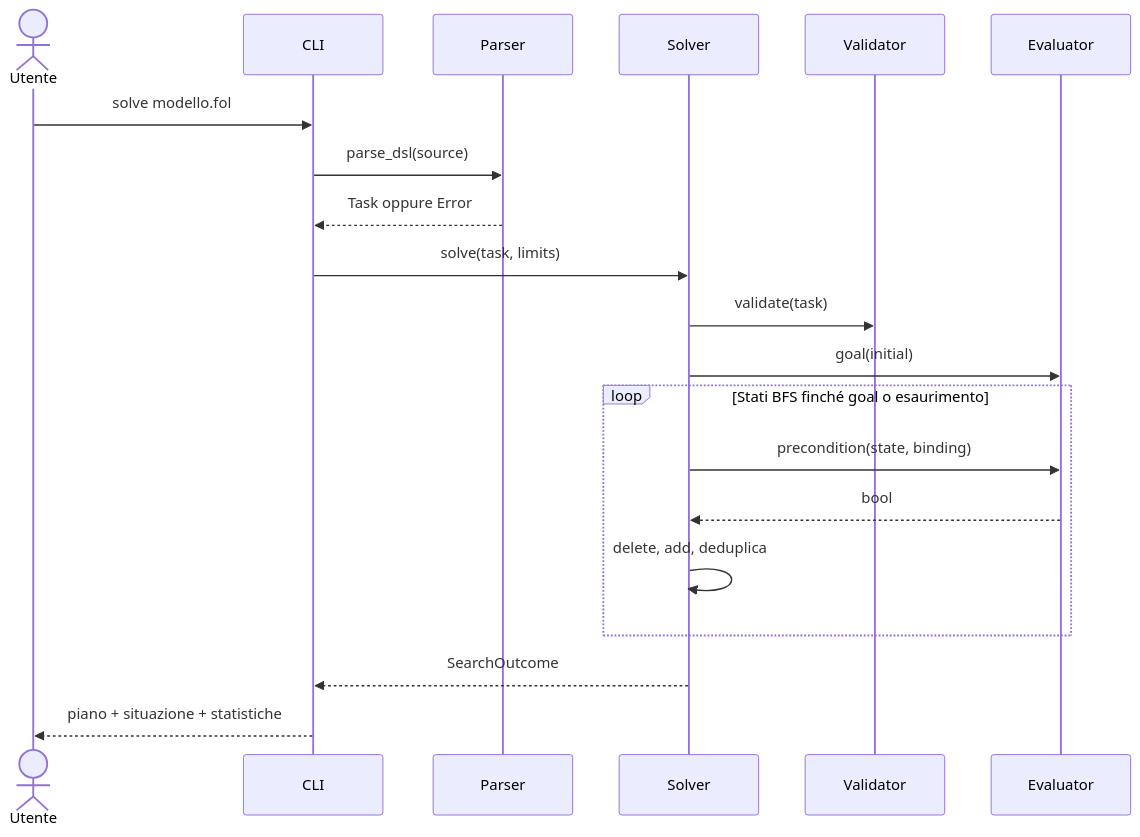
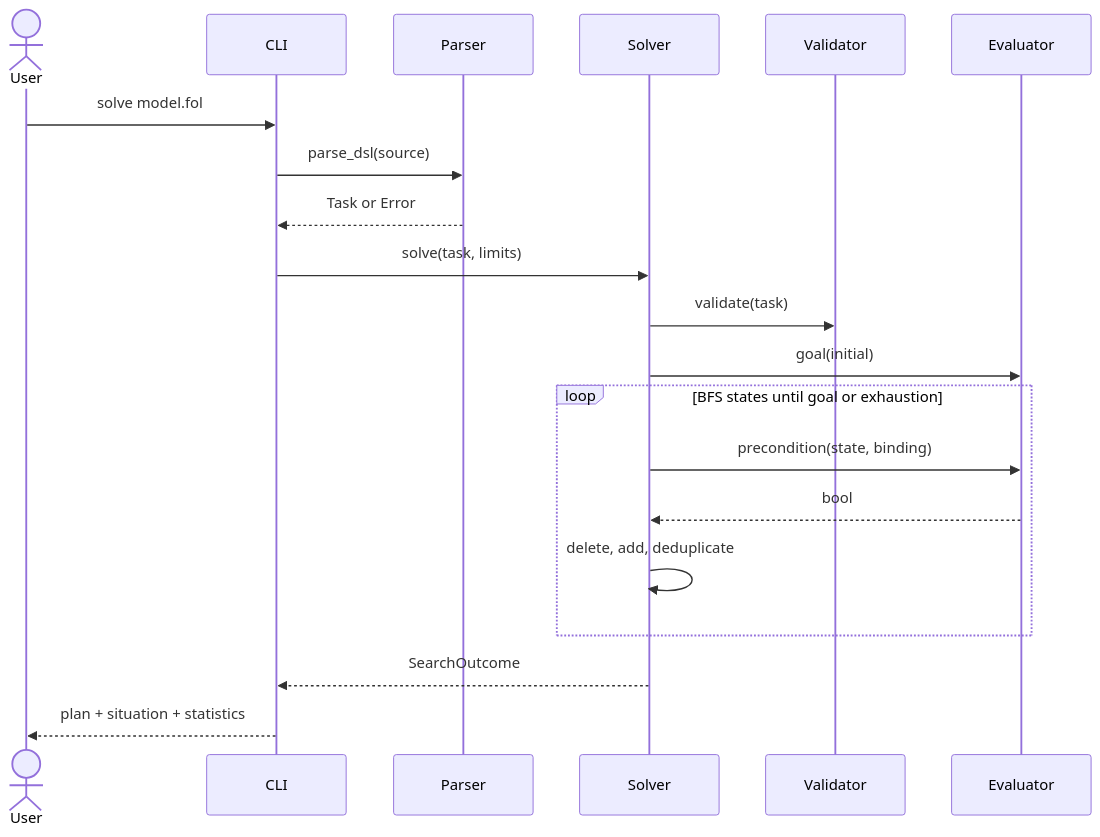
The third of 3 diagrams in kb/02-architettura.md (LucaSforza/PDDL-FOL), drawn with Mermaid before and after one commit. The commit also changed other lines of this file and 4 other files, not shown here.

````diff
--- a/kb/02-architettura.md
+++ b/kb/02-architettura.md
@@ -59,17 +59,17 @@
 ```mermaid
 sequenceDiagram
-    actor Utente
-    Utente->>CLI: solve modello.fol
+    actor User
+    User->>CLI: solve model.fol
     CLI->>Parser: parse_dsl(source)
-    Parser-->>CLI: Task oppure Error
+    Parser-->>CLI: Task or Error
     CLI->>Solver: solve(task, limits)
     Solver->>Validator: validate(task)
     Solver->>Evaluator: goal(initial)
-    loop Stati BFS finché goal o esaurimento
+    loop BFS states until goal or exhaustion
         Solver->>Evaluator: precondition(state, binding)
         Evaluator-->>Solver: bool
-        Solver->>Solver: delete, add, deduplica
+        Solver->>Solver: delete, add, deduplicate
     end
     Solver-->>CLI: SearchOutcome
-    CLI-->>Utente: piano + situazione + statistiche
+    CLI-->>User: plan + situation + statistics
 ```
````
